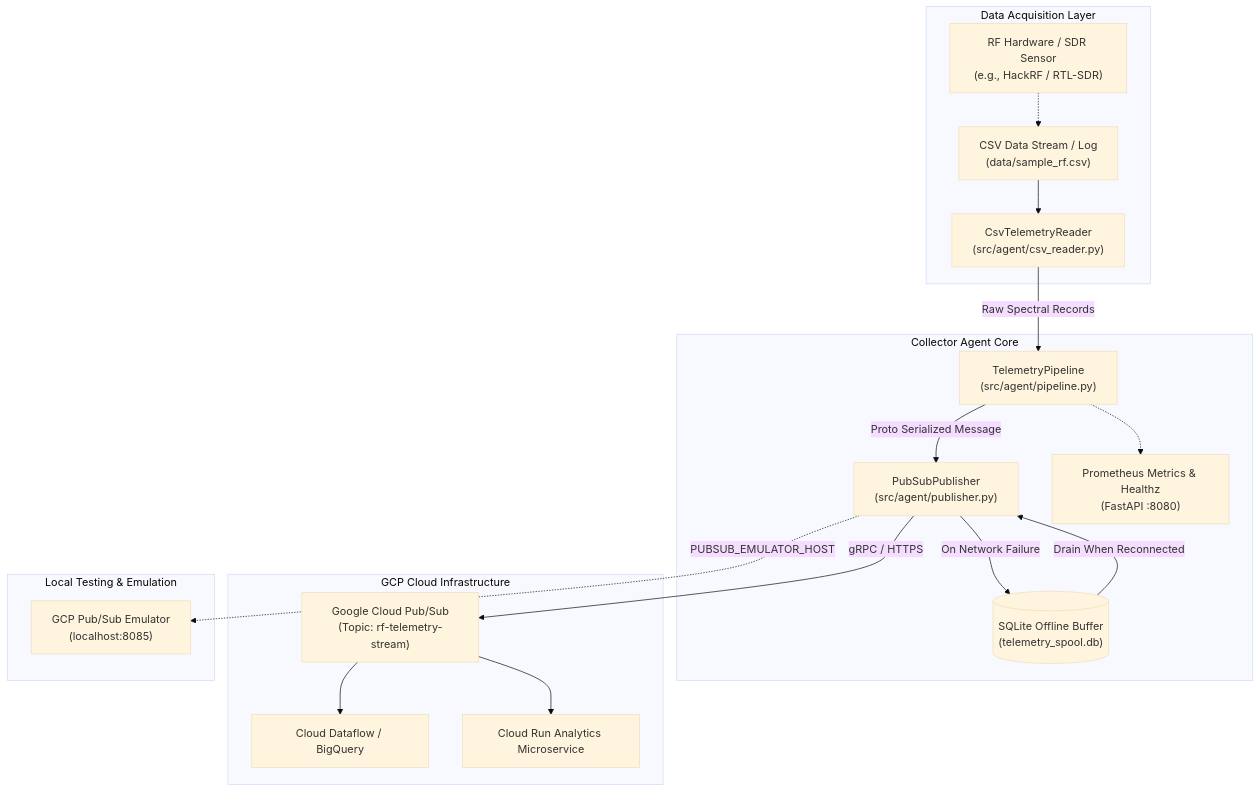
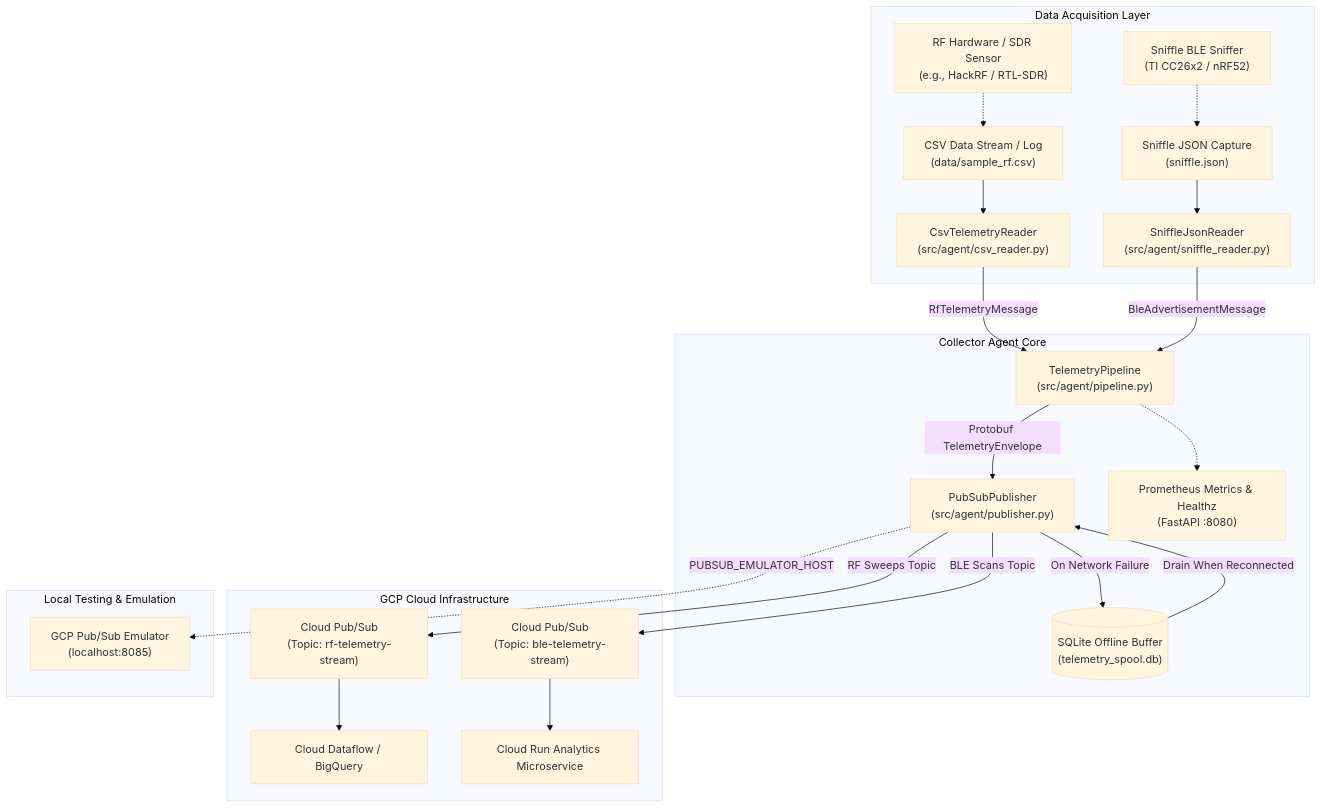
The first of 3 diagrams in README.md (ncouture/gcp-rf-telemetry), drawn with Mermaid (base theme) before and after one commit. The commit also changed other lines of this file and 3 other files, not shown here.

Commit message:
feat(cli): Add Sniffle BLE CLI flags, observability metrics, and documentation

````diff
--- a/README.md
+++ b/README.md
@@ -15,27 +15,33 @@
 ```mermaid
 flowchart TD
     subgraph "Data Acquisition Layer"
-        HW["RF Hardware / SDR Sensor<br/>(e.g., HackRF / RTL-SDR)"] -.-> CSV["CSV Data Stream / Log<br/>(data/sample_rf.csv)"]
-        CSV --> Reader["CsvTelemetryReader<br/>(src/agent/csv_reader.py)"]
+        HW_RF["RF Hardware / SDR Sensor<br/>(e.g., HackRF / RTL-SDR)"] -.-> CSV["CSV Data Stream / Log<br/>(data/sample_rf.csv)"]
+        CSV --> CsvReader["CsvTelemetryReader<br/>(src/agent/csv_reader.py)"]
+
+        HW_BLE["Sniffle BLE Sniffer<br/>(TI CC26x2 / nRF52)"] -.-> JSON["Sniffle JSON Capture<br/>(sniffle.json)"]
+        JSON --> SniffleReader["SniffleJsonReader<br/>(src/agent/sniffle_reader.py)"]
     end
 
     subgraph "Collector Agent Core"
-        Reader -->|"Raw Spectral Records"| Pipeline["TelemetryPipeline<br/>(src/agent/pipeline.py)"]
-        Pipeline -->|"Proto Serialized Message"| Publisher["PubSubPublisher<br/>(src/agent/publisher.py)"]
+        CsvReader -->|"RfTelemetryMessage"| Pipeline["TelemetryPipeline<br/>(src/agent/pipeline.py)"]
+        SniffleReader -->|"BleAdvertisementMessage"| Pipeline
+
+        Pipeline -->|"Protobuf TelemetryEnvelope"| Publisher["PubSubPublisher<br/>(src/agent/publisher.py)"]
         
         Publisher -->|"On Network Failure"| Spooler[("SQLite Offline Buffer<br/>(telemetry_spool.db)")]
         Spooler -->|"Drain When Reconnected"| Publisher
 
         Pipeline -.-> Metrics["Prometheus Metrics & Healthz<br/>(FastAPI :8080)"]
     end
 
     subgraph "GCP Cloud Infrastructure"
-        Publisher -->|"gRPC / HTTPS"| PubSub["Google Cloud Pub/Sub<br/>(Topic: rf-telemetry-stream)"]
-        PubSub --> Dataflow["Cloud Dataflow / BigQuery"]
-        PubSub --> CloudRun["Cloud Run Analytics Microservice"]
+        Publisher -->|"RF Sweeps Topic"| PubSubRF["Cloud Pub/Sub<br/>(Topic: rf-telemetry-stream)"]
+        Publisher -->|"BLE Scans Topic"| PubSubBLE["Cloud Pub/Sub<br/>(Topic: ble-telemetry-stream)"]
+        PubSubRF --> Dataflow["Cloud Dataflow / BigQuery"]
+        PubSubBLE --> CloudRun["Cloud Run Analytics Microservice"]
     end
 
     subgraph "Local Testing & Emulation"
         Publisher -.->|"PUBSUB_EMULATOR_HOST"| Emulator["GCP Pub/Sub Emulator<br/>(localhost:8085)"]
     end
 ```
````
